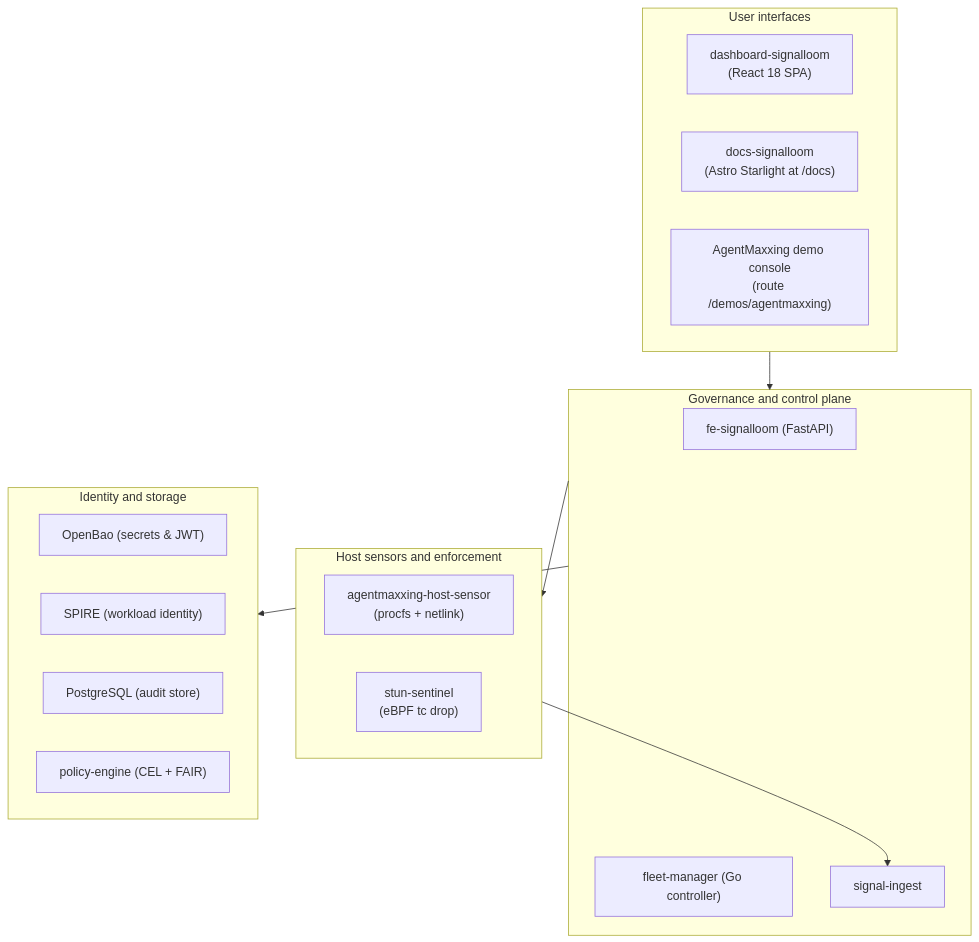
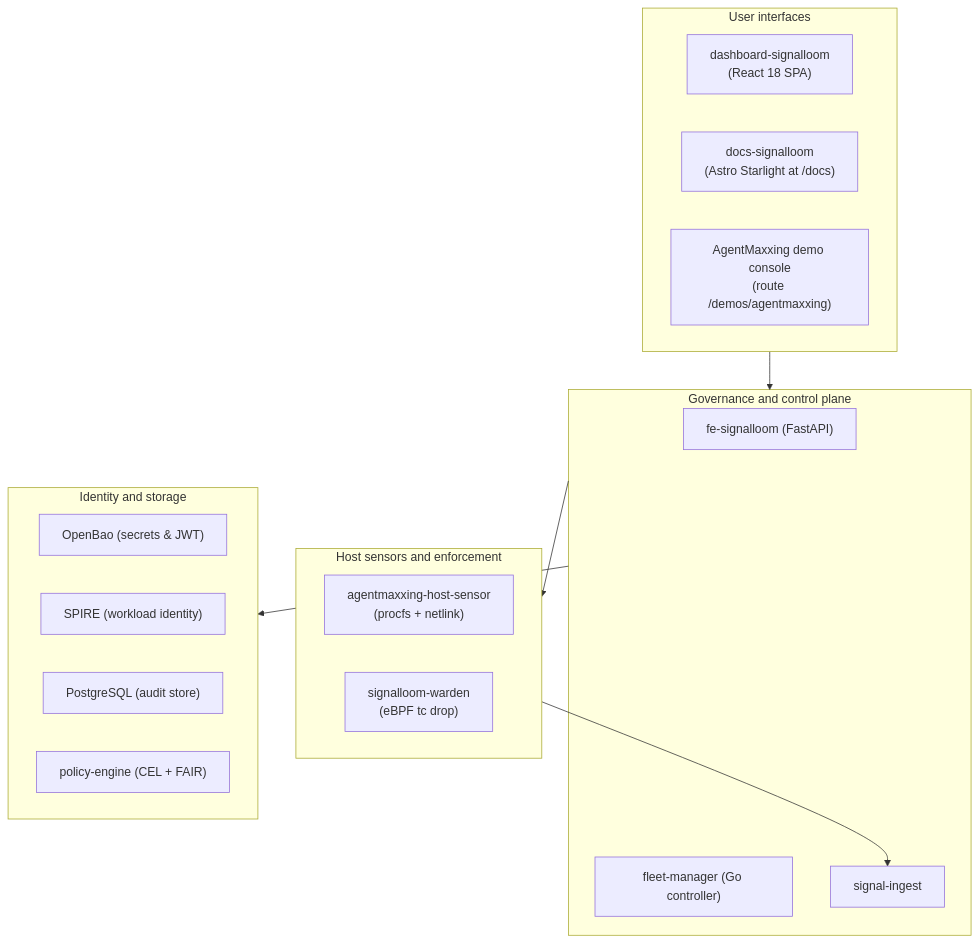
The diagram in d2-signalloom/README.md (sublimino/architecture-as-code), drawn with Mermaid before and after one commit. The commit also changed 79 other files, not shown here.

Commit message:
test(sltm): rename tests and living docs to signalloom-warden and add guard

````diff
--- a/d2-signalloom/README.md
+++ b/d2-signalloom/README.md
@@ -39,31 +39,31 @@
 ```mermaid
 flowchart TB
   subgraph UI["User interfaces"]
     SPA["dashboard-signalloom<br/>(React 18 SPA)"]
     DOCS["docs-signalloom<br/>(Astro Starlight at /docs)"]
     AMXD["AgentMaxxing demo console<br/>(route /demos/agentmaxxing)"]
   end
 
   subgraph CONTROL["Governance and control plane"]
     API["fe-signalloom (FastAPI)"]
     FM["fleet-manager (Go controller)"]
     INGEST["signal-ingest"]
   end
 
   subgraph ENFORCE["Host sensors and enforcement"]
     SENSOR["agentmaxxing-host-sensor<br/>(procfs + netlink)"]
-    SENTINEL["stun-sentinel<br/>(eBPF tc drop)"]
+    SENTINEL["signalloom-warden<br/>(eBPF tc drop)"]
   end
 
   subgraph IDENTITY["Identity and storage"]
     BAO["OpenBao (secrets & JWT)"]
     SPIRE["SPIRE (workload identity)"]
     PG["PostgreSQL (audit store)"]
     PE["policy-engine (CEL + FAIR)"]
   end
 
   UI --> CONTROL
   CONTROL --> ENFORCE
   CONTROL --> IDENTITY
   ENFORCE --> INGEST
 ```
````
